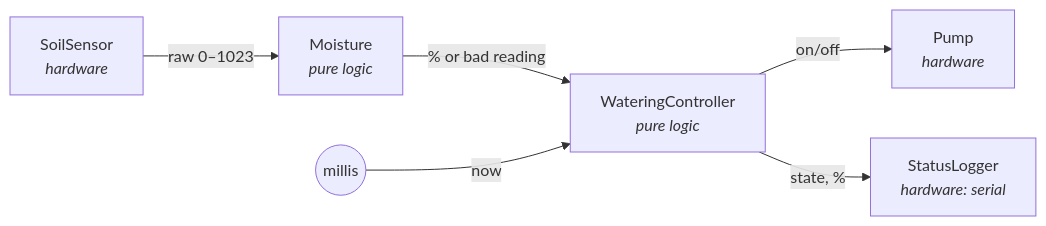
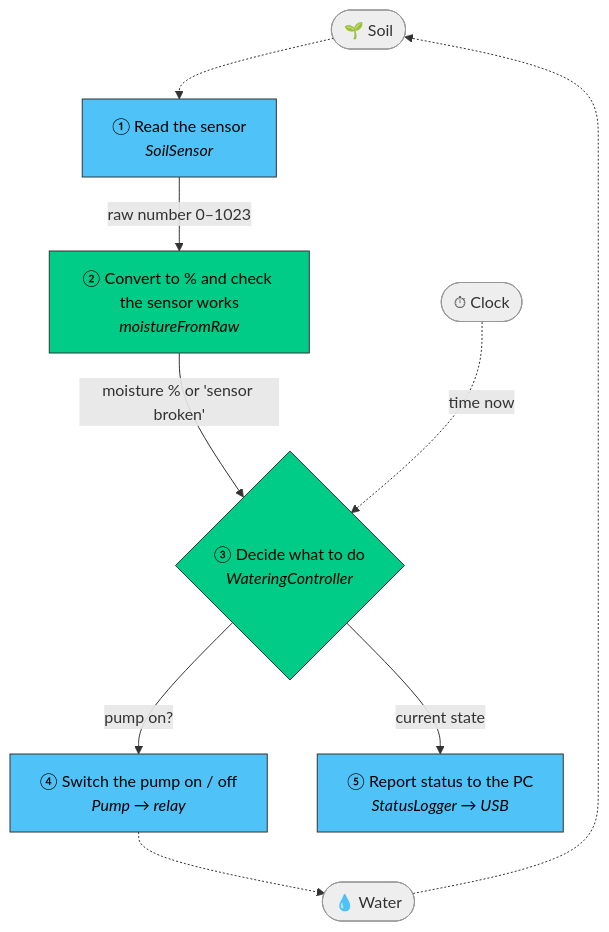
Before and after one commit to Shahaf19/plant_waterer: the first of 3 diagrams in docs/design.md, drawn with Mermaid. The commit also changed other lines of this file and 5 other files, not shown here.

Commit message:
pump and soil_sensor modules

````diff
--- a/docs/design.md
+++ b/docs/design.md
@@ -11,8 +11,26 @@
 ```mermaid
-flowchart LR
-    S[SoilSensor<br/><i>hardware</i>] -- raw 0–1023 --> M[Moisture<br/><i>pure logic</i>]
-    M -- "% or bad reading" --> C[WateringController<br/><i>pure logic</i>]
-    T((millis)) -- now --> C
-    C -- on/off --> P[Pump<br/><i>hardware</i>]
-    C -- state, % --> L[StatusLogger<br/><i>hardware: serial</i>]
+flowchart TD
+    Soil(["🌱 Soil"])
+    Read["① Read the sensor<br/><i>SoilSensor</i>"]
+    Convert["② Convert to % and check the sensor works<br/><i>moistureFromRaw</i>"]
+    Clock(["⏱ Clock"])
+    Decide{"③ Decide what to do<br/><i>WateringController</i>"}
+    Pump["④ Switch the pump on / off<br/><i>Pump → relay</i>"]
+    Report["⑤ Report status to the PC<br/><i>StatusLogger → USB</i>"]
+    Water(["💧 Water"])
+
+    Soil -.-> Read
+    Read -->|"raw number 0–1023"| Convert
+    Convert -->|"moisture % or 'sensor broken'"| Decide
+    Clock -.->|"time now"| Decide
+    Decide -->|"pump on?"| Pump
+    Decide -->|"current state"| Report
+    Pump -.-> Water -.-> Soil
+
+    classDef world fill:#eeeeee,stroke:#999,color:#333
+    classDef hardware fill:#4fc3f7,stroke:#333,color:#000
+    classDef logic fill:#00cc88,stroke:#333,color:#000
+    class Soil,Clock,Water world
+    class Read,Pump,Report hardware
+    class Convert,Decide logic
 ```
````
